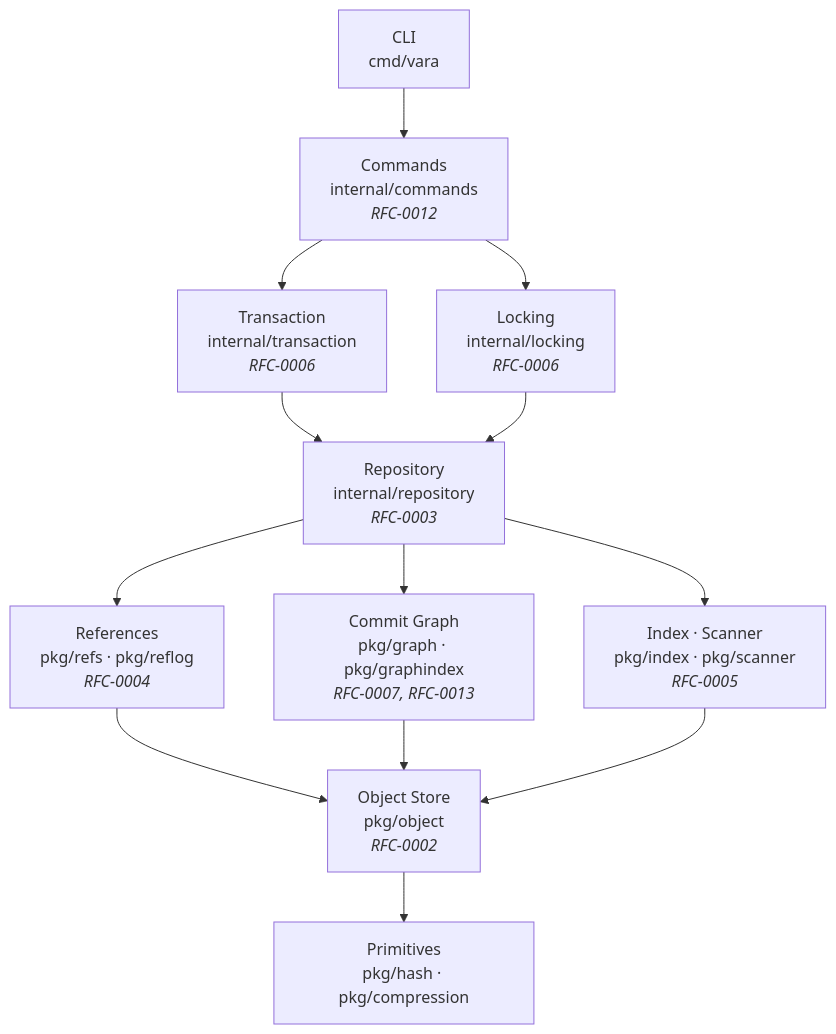
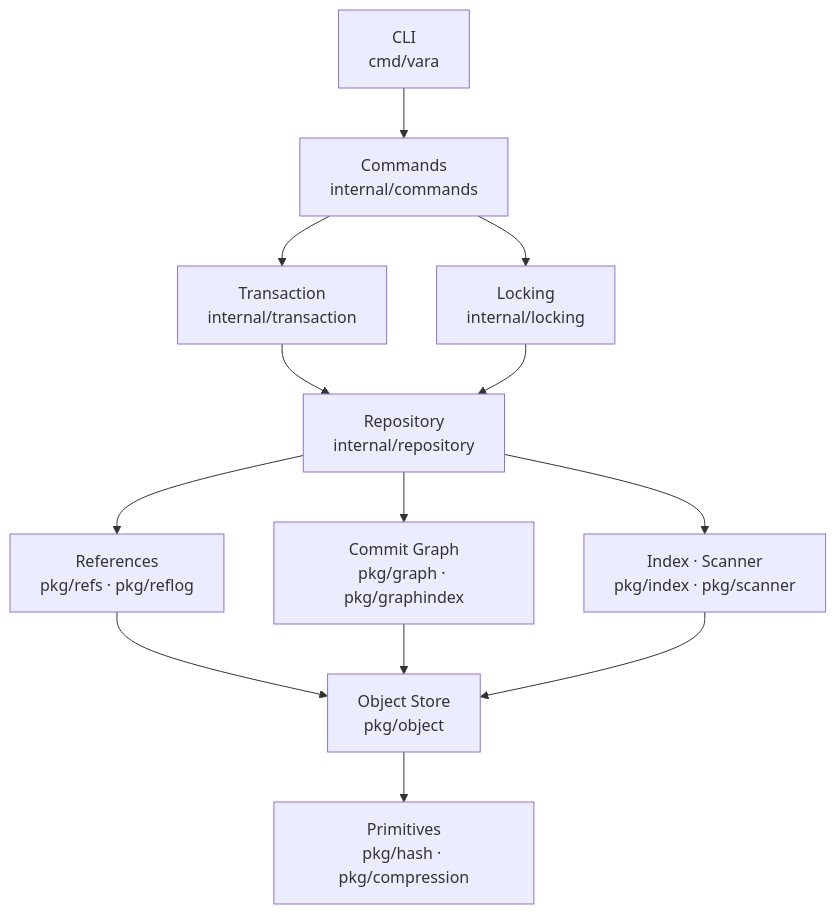
One commit to thulasiramk-2310/vara changed the diagram in README.md. Above: the diagram before and after it, drawn with Mermaid. The commit also changed other lines of this file, not shown here.

````diff
--- a/README.md
+++ b/README.md
@@ -57,26 +51,15 @@
 ```mermaid
 graph TD
-    CLI["CLI<br/>cmd/vara"]
-    CMD["Commands<br/>internal/commands<br/><i>RFC-0012</i>"]
-    TXN["Transaction<br/>internal/transaction<br/><i>RFC-0006</i>"]
-    LOCK["Locking<br/>internal/locking<br/><i>RFC-0006</i>"]
-    REPO["Repository<br/>internal/repository<br/><i>RFC-0003</i>"]
-    REFS["References<br/>pkg/refs · pkg/reflog<br/><i>RFC-0004</i>"]
-    GRAPH["Commit Graph<br/>pkg/graph · pkg/graphindex<br/><i>RFC-0007, RFC-0013</i>"]
-    IDX["Index · Scanner<br/>pkg/index · pkg/scanner<br/><i>RFC-0005</i>"]
-    OBJ["Object Store<br/>pkg/object<br/><i>RFC-0002</i>"]
-    PRIM["Primitives<br/>pkg/hash · pkg/compression"]
-
-    CLI --> CMD
-    CMD --> TXN
-    CMD --> LOCK
-    TXN --> REPO
+    CLI["CLI<br/>cmd/vara"] --> CMD["Commands<br/>internal/commands"]
+    CMD --> TXN["Transaction<br/>internal/transaction"]
+    CMD --> LOCK["Locking<br/>internal/locking"]
+    TXN --> REPO["Repository<br/>internal/repository"]
     LOCK --> REPO
-    REPO --> REFS
-    REPO --> GRAPH
-    REPO --> IDX
-    REFS --> OBJ
+    REPO --> REFS["References<br/>pkg/refs · pkg/reflog"]
+    REPO --> GRAPH["Commit Graph<br/>pkg/graph · pkg/graphindex"]
+    REPO --> IDX["Index · Scanner<br/>pkg/index · pkg/scanner"]
+    REFS --> OBJ["Object Store<br/>pkg/object"]
     GRAPH --> OBJ
     IDX --> OBJ
-    OBJ --> PRIM
+    OBJ --> PRIM["Primitives<br/>pkg/hash · pkg/compression"]
 ```
````
